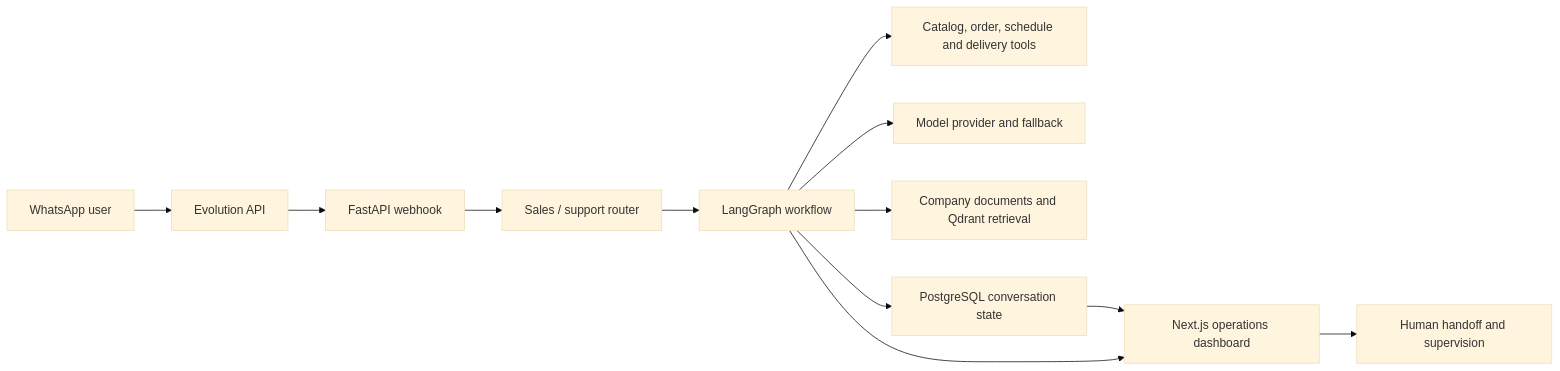
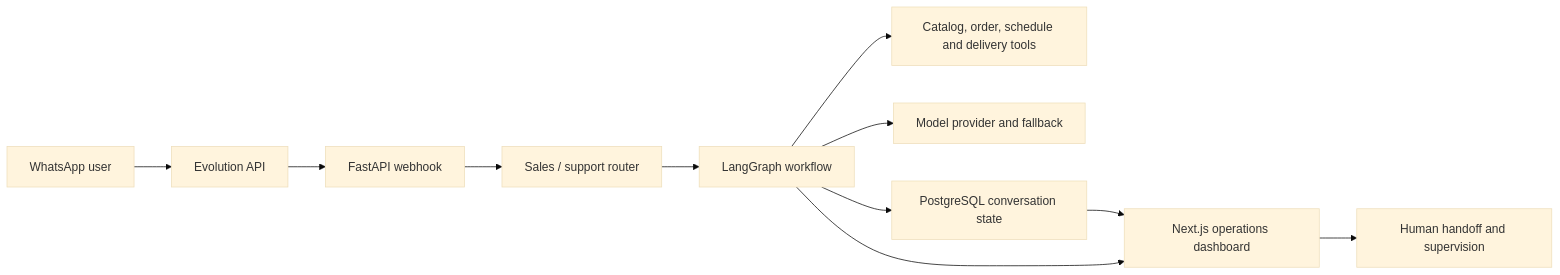
Before and after one commit to levygit837-cyber/Neuralilux: the first of 2 diagrams in docs/reviewer-guide.md, drawn with Mermaid (base theme). The commit also changed other lines of this file, not shown here.

Commit message:
docs: distinguish main WhatsApp graph from experimental RAG

````diff
--- a/docs/reviewer-guide.md
+++ b/docs/reviewer-guide.md
@@ -13,14 +15,13 @@
 ```mermaid
 flowchart LR
     W[WhatsApp user] --> E[Evolution API]
     E --> H[FastAPI webhook]
     H --> R[Sales / support router]
     R --> G[LangGraph workflow]
     G --> T[Catalog, order, schedule and delivery tools]
     G --> L[Model provider and fallback]
-    G --> K[Company documents and Qdrant retrieval]
     G --> D[PostgreSQL conversation state]
     D --> U[Next.js operations dashboard]
     G --> U
     U --> X[Human handoff and supervision]
 ```
````
